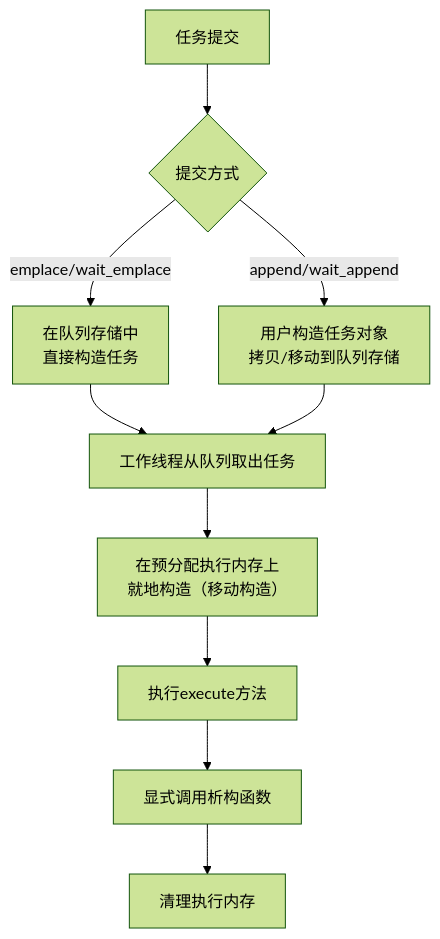
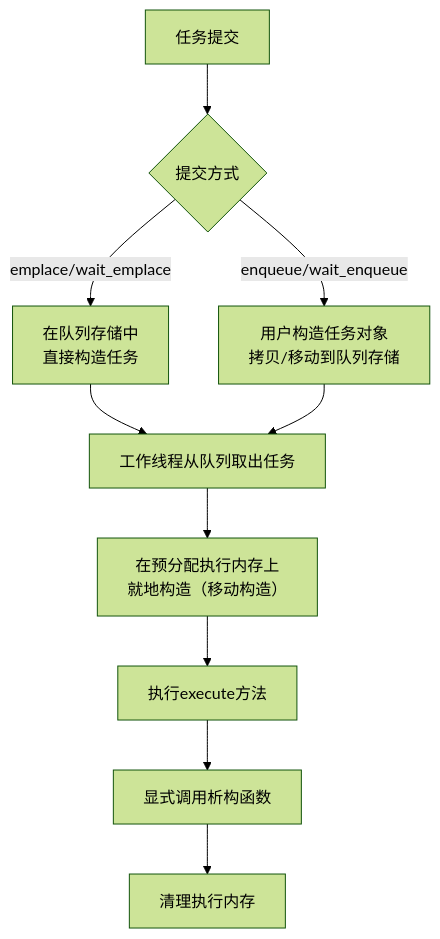
The diagram in README.md (HSLL175848494/ThreadPool), drawn with Mermaid (forest theme) before and after one commit. The commit also changed other lines of this file and 6 other files, not shown here.

````diff
--- a/README.md
+++ b/README.md
@@ -142,14 +142,14 @@
 ```mermaid
 graph TD
     A[任务提交] --> B{提交方式}
     B -->|emplace/wait_emplace| C[在队列存储中<br/>直接构造任务]
-    B -->|append/wait_append| D[用户构造任务对象<br/>拷贝/移动到队列存储]
+    B -->|enqueue/wait_enqueue| D[用户构造任务对象<br/>拷贝/移动到队列存储]
     
     C --> E[工作线程从队列取出任务]
     D --> E
     
     E --> F[在预分配执行内存上<br/>就地构造（移动构造）]
     F --> G[执行execute方法]
     G --> H[显式调用析构函数]
     H --> I[清理执行内存]
 ```
````
